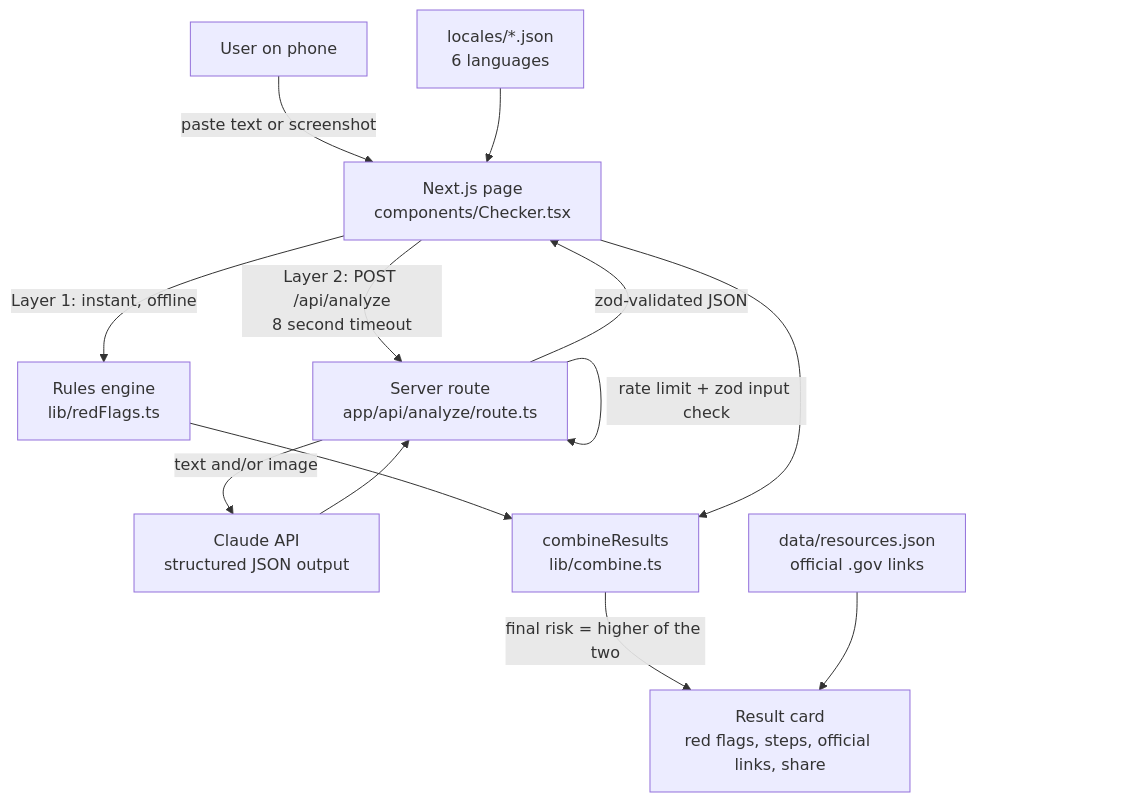
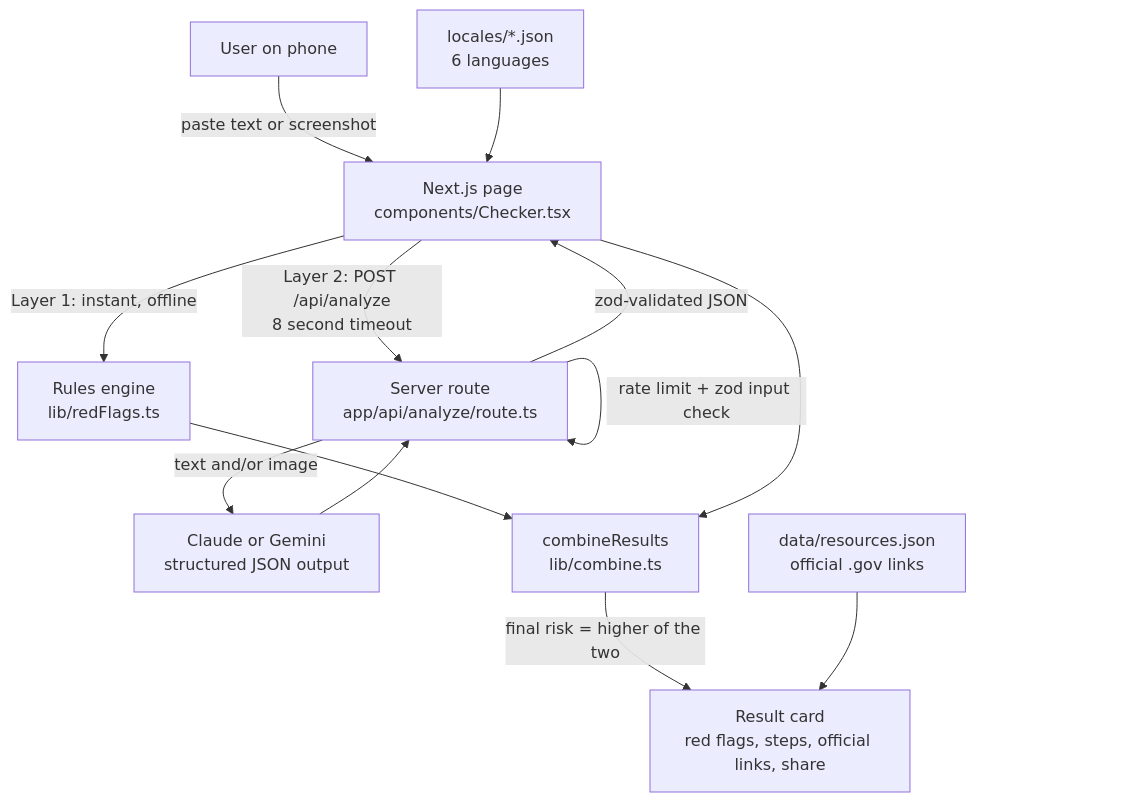
Before and after one commit to VirajMutti/check-first: the diagram in README.md, drawn with Mermaid. The commit also changed other lines of this file and 21 other files, not shown here.

Commit message:
Add Gemini as a free AI provider alongside Claude

````diff
--- a/README.md
+++ b/README.md
@@ -39,15 +39,15 @@
 ```mermaid
 flowchart TD
     U[User on phone] -->|paste text or screenshot| UI[Next.js page<br/>components/Checker.tsx]
     UI -->|Layer 1: instant, offline| R[Rules engine<br/>lib/redFlags.ts]
     UI -->|Layer 2: POST /api/analyze<br/>8 second timeout| API[Server route<br/>app/api/analyze/route.ts]
     API -->|rate limit + zod input check| API
-    API -->|text and/or image| C[Claude API<br/>structured JSON output]
+    API -->|text and/or image| C[Claude or Gemini<br/>structured JSON output]
     C --> API
     API -->|zod-validated JSON| UI
     R --> M[combineResults<br/>lib/combine.ts]
     UI --> M
     M -->|final risk = higher of the two| RC[Result card<br/>red flags, steps, official links, share]
     L[locales/*.json<br/>6 languages] --> UI
     D[data/resources.json<br/>official .gov links] --> RC
 ```
````
